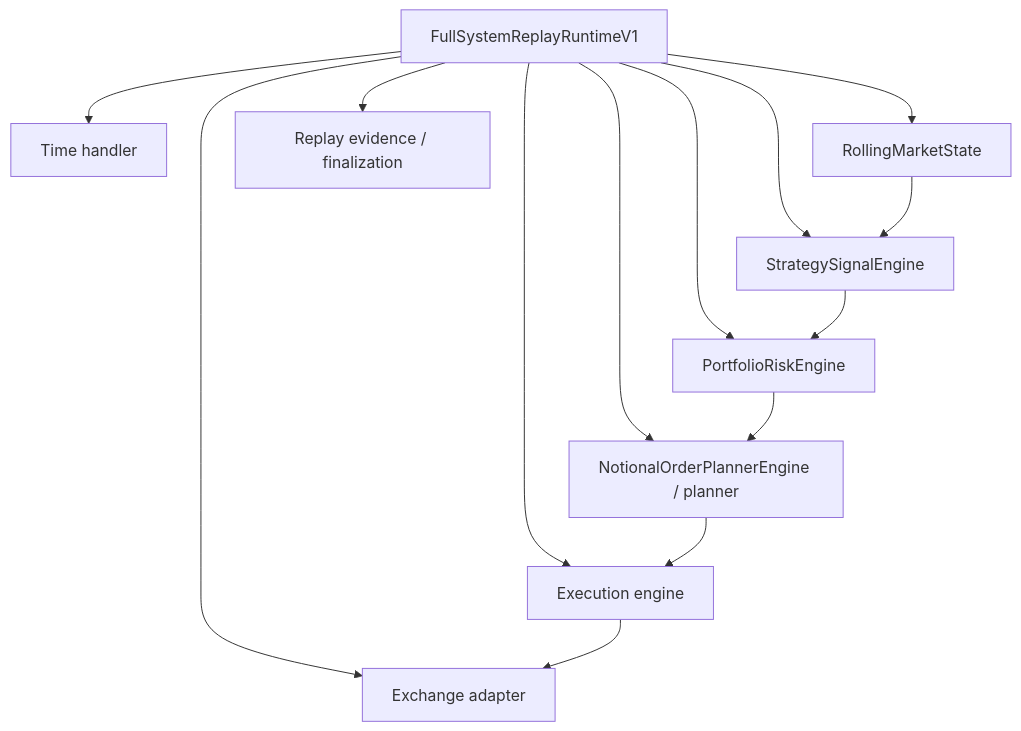
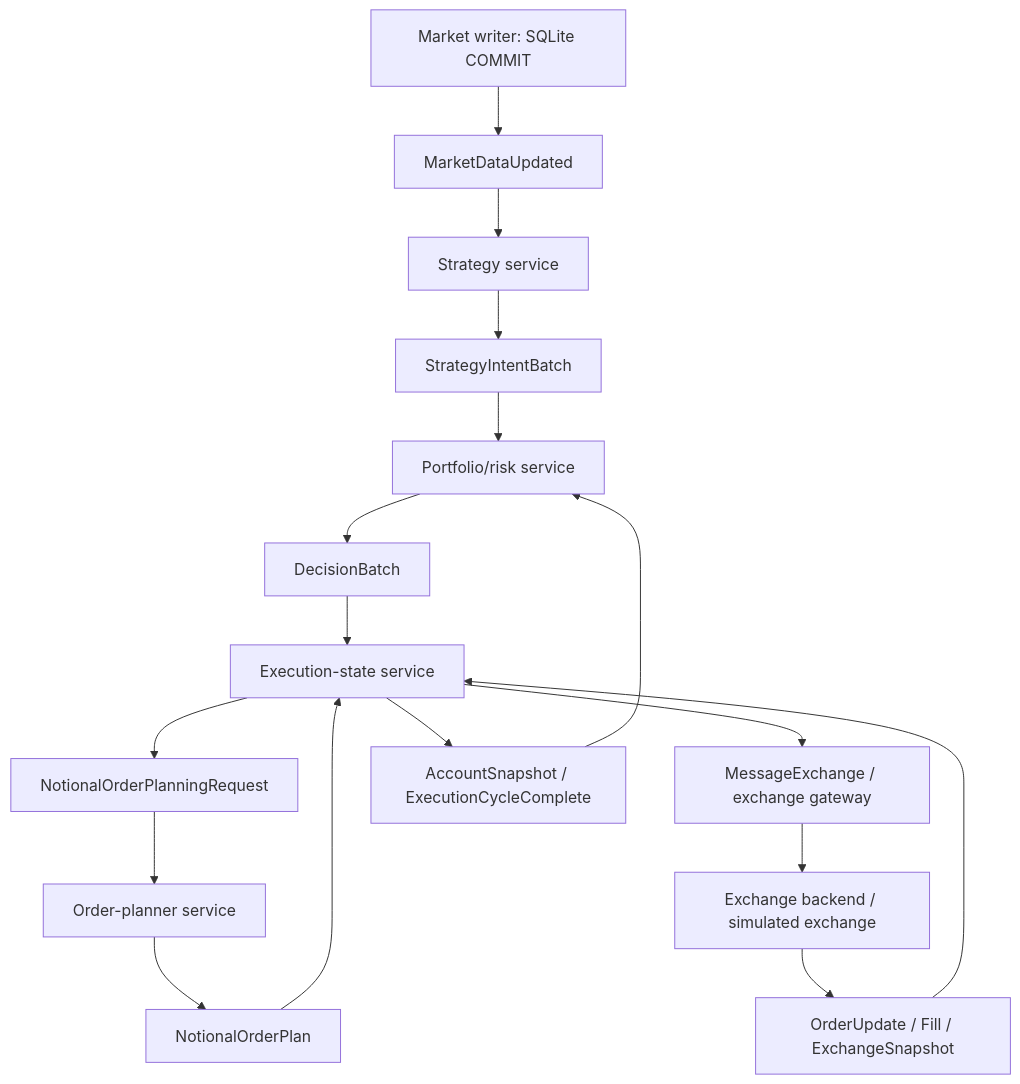
The second of 2 diagrams in docs/codex/ARCHITECTURE_FULL.md (JuanLopezg/Market-Data-Collection-and-Backtesting-Framework), drawn with Mermaid before and after one commit. The commit also changed other lines of this file and 634 other files, not shown here.

````diff
--- a/docs/codex/ARCHITECTURE_FULL.md
+++ b/docs/codex/ARCHITECTURE_FULL.md
@@ -454,27 +112,19 @@
 ```mermaid
-flowchart TB
-    FULL["FullSystemReplayRuntimeV1"]
-    TIME["Time handler"]
-    ROLL["RollingMarketState"]
-    SIG["StrategySignalEngine"]
-    RISK["PortfolioRiskEngine"]
-    PLAN["NotionalOrderPlannerEngine / planner"]
-    EXEC["Execution engine"]
-    VENUE["Exchange adapter"]
-    EVID["Replay evidence / finalization"]
-
-    FULL --> TIME
-    FULL --> ROLL
-    FULL --> SIG
-    FULL --> RISK
-    FULL --> PLAN
-    FULL --> EXEC
-    FULL --> VENUE
-    FULL --> EVID
-
-    ROLL --> SIG
-    SIG --> RISK
-    RISK --> PLAN
-    PLAN --> EXEC
-    EXEC --> VENUE
+flowchart TD
+    MD["Market writer: SQLite COMMIT"] --> UPDATE["MarketDataUpdated"]
+    UPDATE --> STRATEGY["Strategy service"]
+    STRATEGY --> INTENT["StrategyIntentBatch"]
+    INTENT --> RISK["Portfolio/risk service"]
+    RISK --> DECISION["DecisionBatch"]
+    DECISION --> STATE["Execution-state service"]
+    STATE --> REQUEST["NotionalOrderPlanningRequest"]
+    REQUEST --> PLANNER["Order-planner service"]
+    PLANNER --> PLAN["NotionalOrderPlan"]
+    PLAN --> STATE
+    STATE --> GATEWAY["MessageExchange / exchange gateway"]
+    GATEWAY --> BACKEND["Exchange backend / simulated exchange"]
+    BACKEND --> EVENTS["OrderUpdate / Fill / ExchangeSnapshot"]
+    EVENTS --> STATE
+    STATE --> ACCOUNT["AccountSnapshot / ExecutionCycleComplete"]
+    ACCOUNT --> RISK
 ```
````
